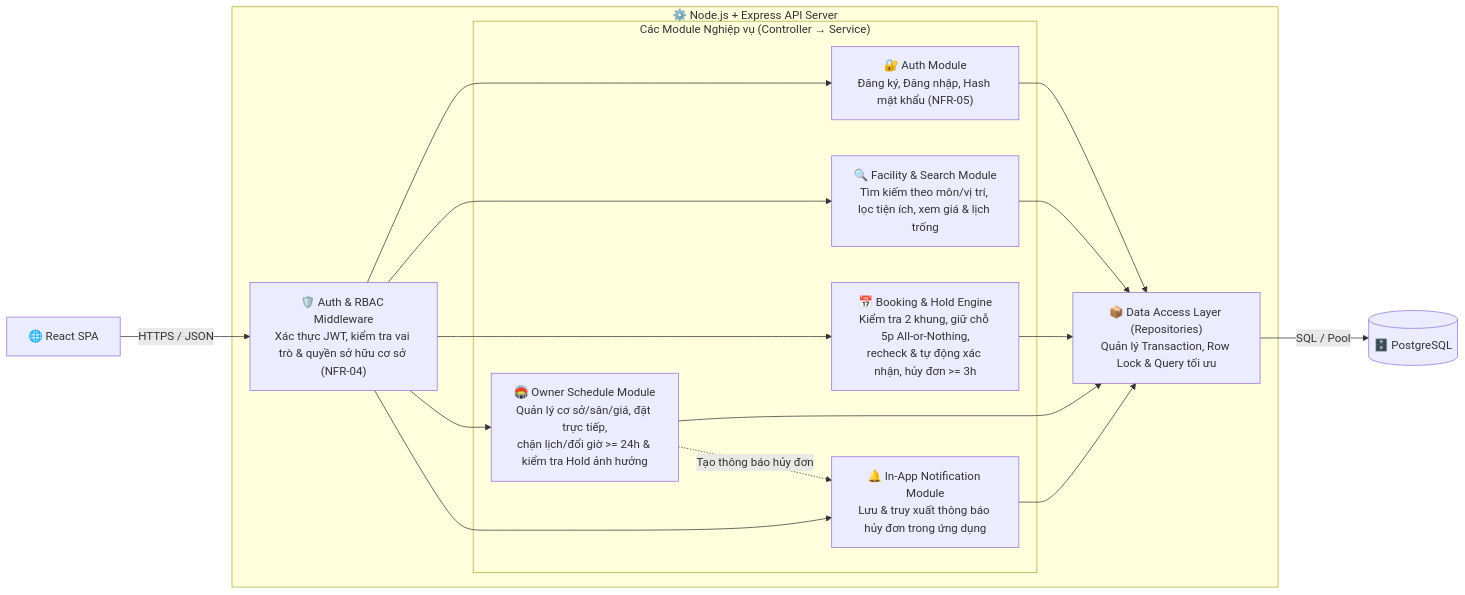
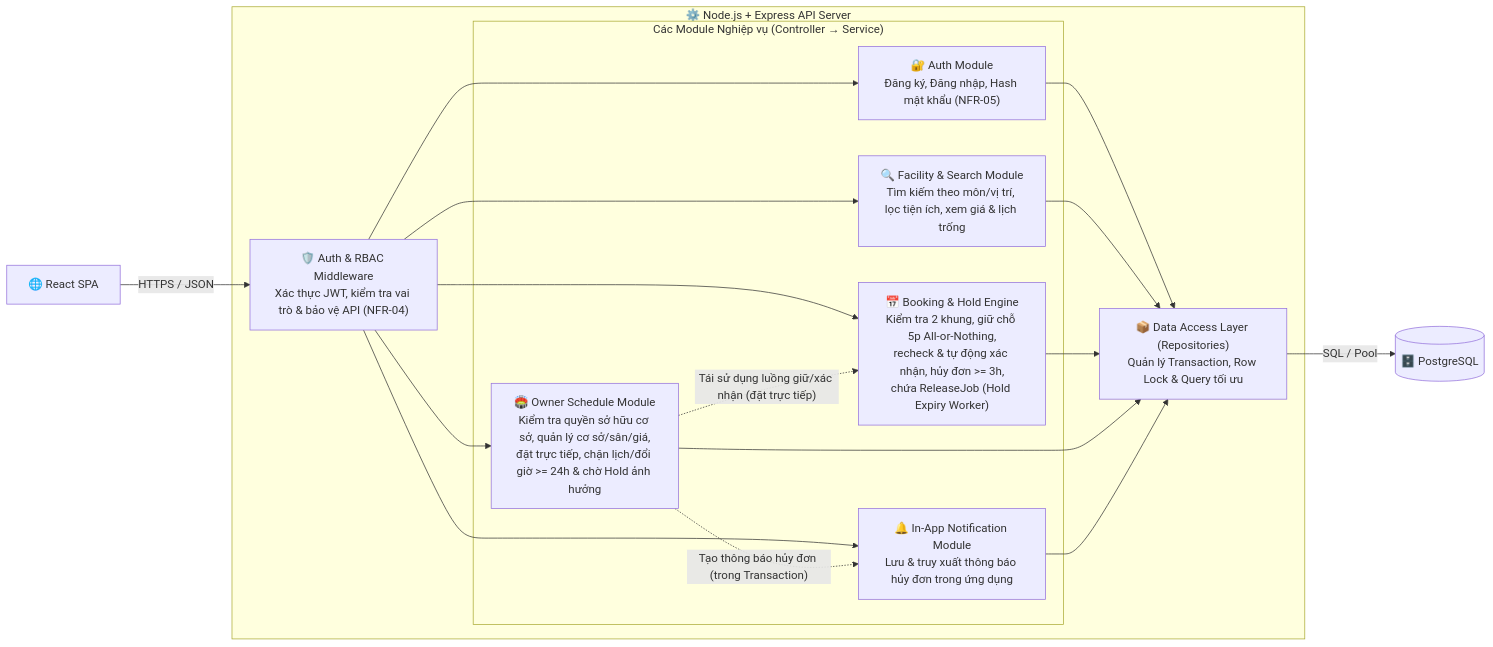
Before and after one commit to buikhoa130406/se-project-t04: the third of 4 diagrams in docs/design/architecture/architecture-design.md, drawn with Mermaid. The commit also changed other lines of this file, not shown here.

````diff
--- a/docs/design/architecture/architecture-design.md
+++ b/docs/design/architecture/architecture-design.md
@@ -71,26 +72,27 @@
 ```mermaid
 flowchart LR
     SPA["🌐 React SPA"]
 
     subgraph Backend["⚙️ Node.js + Express API Server"]
-        MW["🛡️ Auth & RBAC Middleware<br/>Xác thực JWT, kiểm tra vai trò & quyền sở hữu cơ sở (NFR-04)"]
+        MW["🛡️ Auth & RBAC Middleware<br/>Xác thực JWT, kiểm tra vai trò & bảo vệ API (NFR-04)"]
 
         subgraph Modules["Các Module Nghiệp vụ (Controller → Service)"]
             AuthMod["🔐 Auth Module<br/>Đăng ký, Đăng nhập, Hash mật khẩu (NFR-05)"]
             FacMod["🔍 Facility & Search Module<br/>Tìm kiếm theo môn/vị trí, lọc tiện ích, xem giá & lịch trống"]
-            BookMod["📅 Booking & Hold Engine<br/>Kiểm tra 2 khung, giữ chỗ 5p All-or-Nothing,<br/>recheck & tự động xác nhận, hủy đơn >= 3h"]
-            OwnerMod["🏟️ Owner Schedule Module<br/>Quản lý cơ sở/sân/giá, đặt trực tiếp,<br/>chặn lịch/đổi giờ >= 24h & kiểm tra Hold ảnh hưởng"]
+            BookMod["📅 Booking & Hold Engine<br/>Kiểm tra 2 khung, giữ chỗ 5p All-or-Nothing,<br/>recheck & tự động xác nhận, hủy đơn >= 3h,<br/>chứa ReleaseJob (Hold Expiry Worker)"]
+            OwnerMod["🏟️ Owner Schedule Module<br/>Kiểm tra quyền sở hữu cơ sở, quản lý cơ sở/sân/giá,<br/>đặt trực tiếp, chặn lịch/đổi giờ >= 24h & chờ Hold ảnh hưởng"]
             NotiMod["🔔 In-App Notification Module<br/>Lưu & truy xuất thông báo hủy đơn trong ứng dụng"]
         end
 
         Repo["📦 Data Access Layer (Repositories)<br/>Quản lý Transaction, Row Lock & Query tối ưu"]
     end
 
     DB[("🗄️ PostgreSQL")]
 
     SPA -- "HTTPS / JSON" --> MW
     MW --> AuthMod & FacMod & BookMod & OwnerMod & NotiMod
     AuthMod & FacMod & BookMod & OwnerMod & NotiMod --> Repo
-    OwnerMod -. "Tạo thông báo hủy đơn" .-> NotiMod
+    OwnerMod -. "Tái sử dụng luồng giữ/xác nhận (đặt trực tiếp)" .-> BookMod
+    OwnerMod -. "Tạo thông báo hủy đơn (trong Transaction)" .-> NotiMod
     Repo -- "SQL / Pool" --> DB
 ```
````
